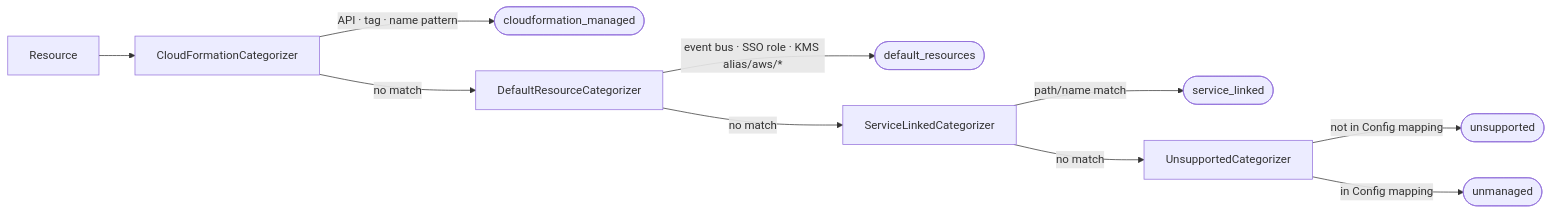
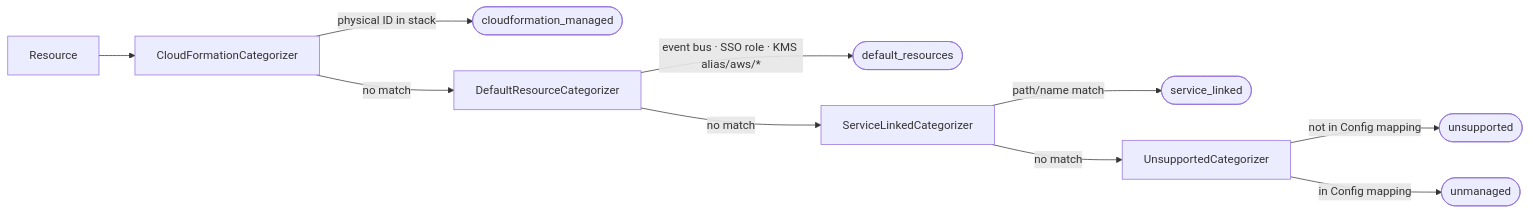
One commit to AgentWong/driftctl changed the tenth of 12 diagrams in docs/code-logic-diagram.md. Above: the diagram before and after it, drawn with Mermaid. The commit also changed other lines of this file, not shown here.

Commit message:
fix: update flowchart labels for clarity in code logic diagrams

````diff
--- a/docs/code-logic-diagram.md
+++ b/docs/code-logic-diagram.md
@@ -202,12 +202,12 @@
 ```mermaid
 flowchart LR
     Resource --> C1[CloudFormationCategorizer]
-    C1 --> |API · tag · name pattern| CFC([cloudformation_managed])
+    C1 --> |physical ID in stack| CFC([cloudformation_managed])
     C1 --> |no match| C2[DefaultResourceCategorizer]
     C2 --> |event bus · SSO role · KMS alias/aws/*| DRC([default_resources])
     C2 --> |no match| C3[ServiceLinkedCategorizer]
     C3 --> |path/name match| SLC([service_linked])
     C3 --> |no match| C4[UnsupportedCategorizer]
     C4 --> |not in Config mapping| UC([unsupported])
     C4 --> |in Config mapping| Default([unmanaged])
 ```
````
